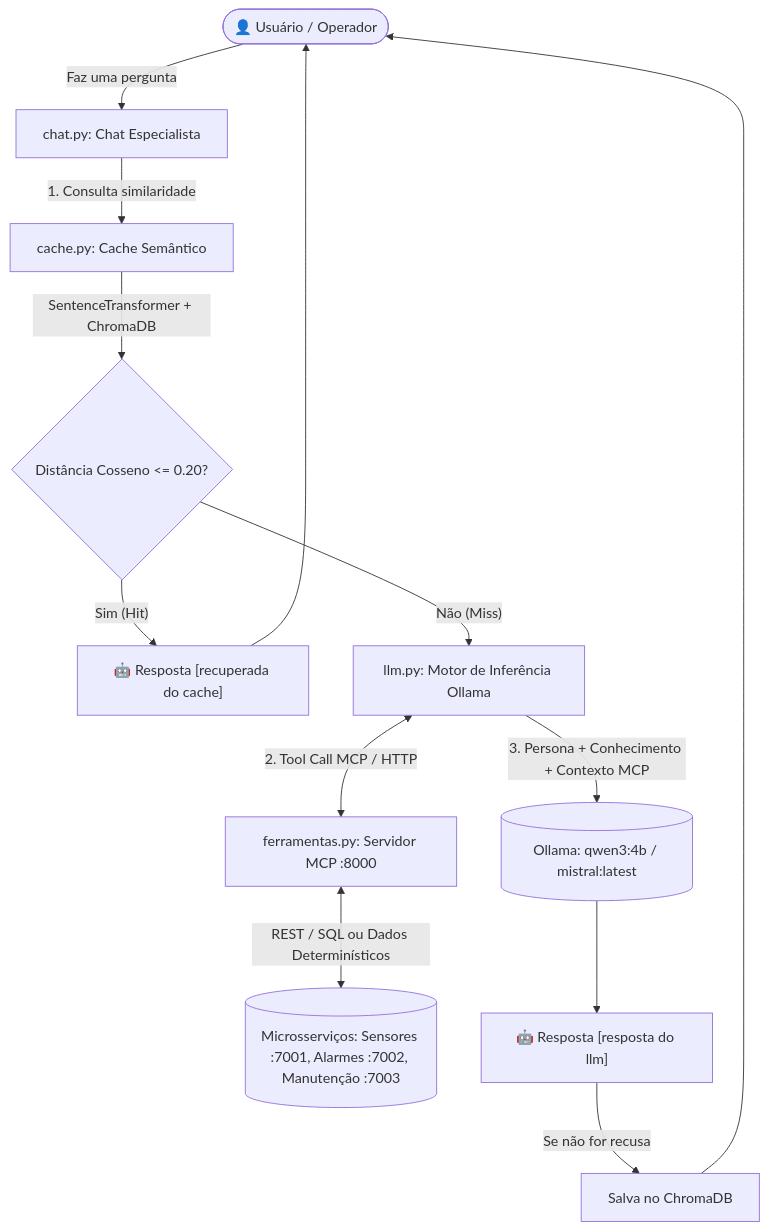
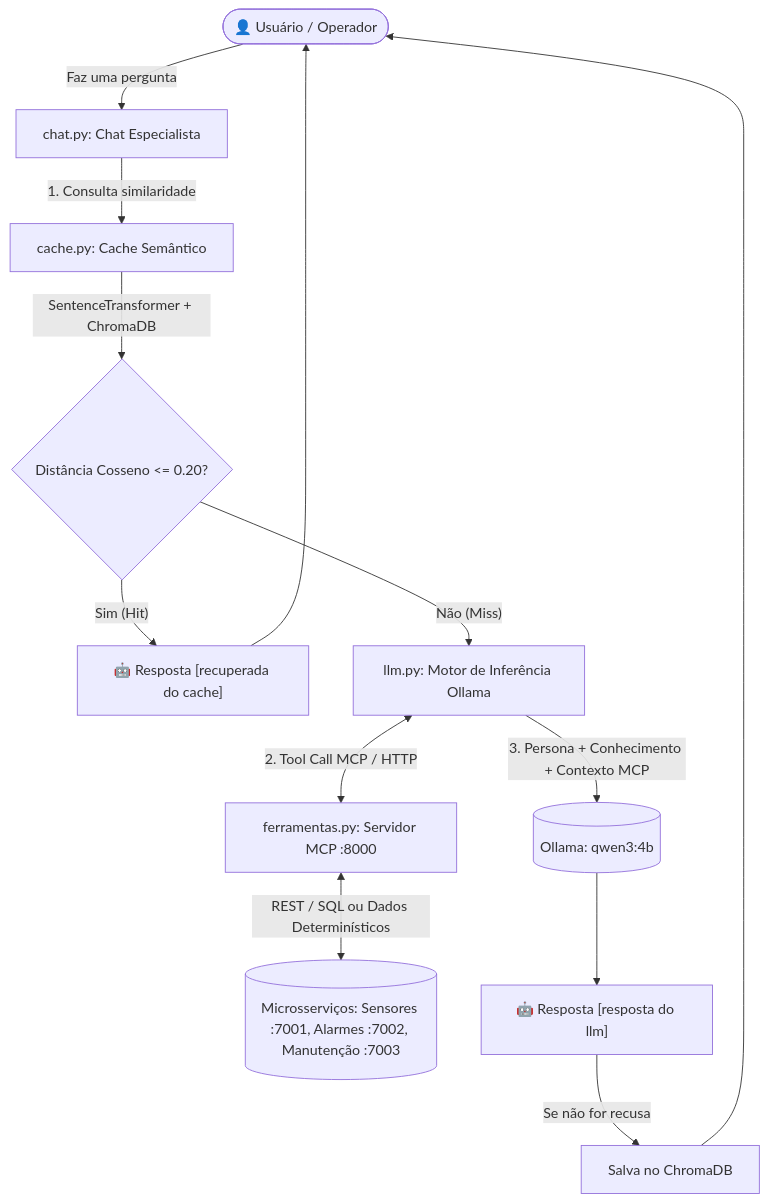
One commit to sidgubert/supervisorio-especialista changed the diagram in SDD-PlantaIndustrial.md. Above: the diagram before and after it, drawn with Mermaid. The commit also changed other lines of this file and 6 other files, not shown here.

````diff
--- a/SDD-PlantaIndustrial.md
+++ b/SDD-PlantaIndustrial.md
@@ -88,15 +89,15 @@
 ```mermaid
 flowchart TD
     Usuario([👤 Usuário / Operador]) -->|Faz uma pergunta| Chat[chat.py: Chat Especialista]
     Chat -->|1. Consulta similaridade| Cache[cache.py: Cache Semântico]
     Cache -->|SentenceTransformer + ChromaDB| CosineCheck{Distância Cosseno <= 0.20?}
     CosineCheck -- Sim (Hit) --> RespostaCache["🤖 Resposta [recuperada do cache]"]
     RespostaCache --> Usuario
     CosineCheck -- Não (Miss) --> LLMCall[llm.py: Motor de Inferência Ollama]
     LLMCall <-->|2. Tool Call MCP / HTTP| MCPServer[ferramentas.py: Servidor MCP :8000]
     MCPServer <-->|REST / SQL ou Dados Determinísticos| Servicos[(Microsserviços: Sensores :7001, Alarmes :7002, Manutenção :7003)]
-    LLMCall -->|3. Persona + Conhecimento + Contexto MCP| OllamaLocal[(Ollama: qwen3:4b / mistral:latest)]
+    LLMCall -->|3. Persona + Conhecimento + Contexto MCP| OllamaLocal[(Ollama: qwen3:4b)]
     OllamaLocal --> RespostaLLM["🤖 Resposta [resposta do llm]"]
     RespostaLLM -->|Se não for recusa| GravarCache[Salva no ChromaDB]
     GravarCache --> Usuario
 ```
````
